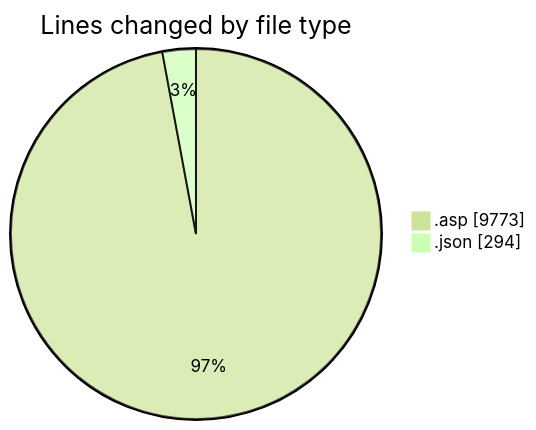
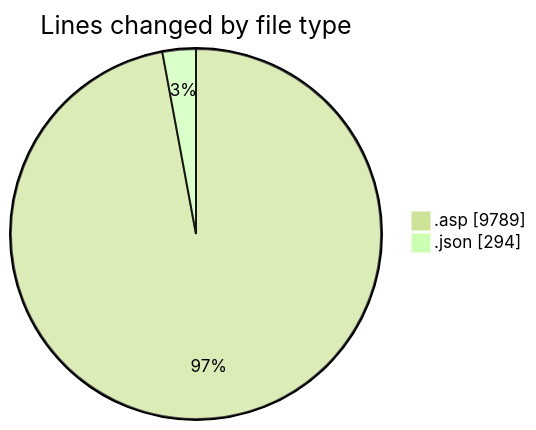
Before and after one commit to julien-gomy/code-tracking: the first of 2 diagrams in 2025-10-27/usr_aleoudev_fr__workspace_/README.md, drawn with Mermaid (forest theme). The commit also changed other lines of this file and 1 other file, not shown here.

````diff
--- a/2025-10-27/usr_aleoudev_fr__workspace_/README.md
+++ b/2025-10-27/usr_aleoudev_fr__workspace_/README.md
@@ -28,6 +28,6 @@
 ```mermaid
 pie showData
 title Lines changed by file type
-".asp" : 9773
+".asp" : 9789
 ".json" : 294
 ```
````
